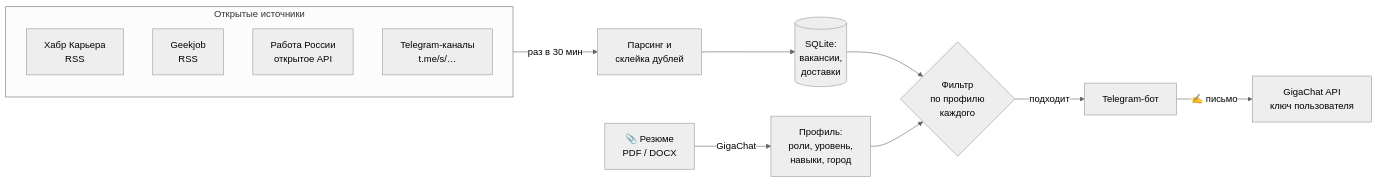
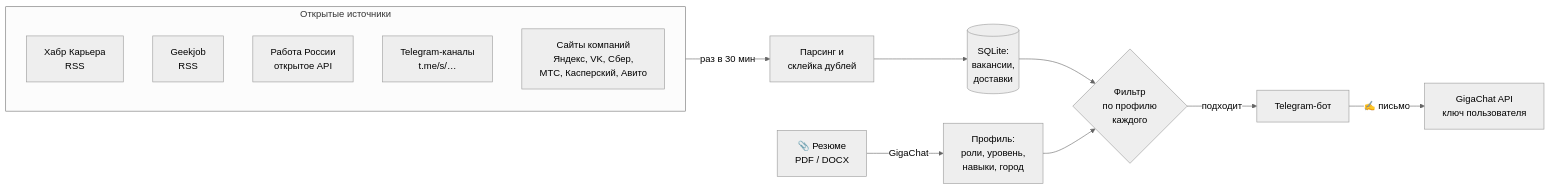
Before and after one commit to RealPycuk/job-watch: the first of 2 diagrams in README.md, drawn with Mermaid (neutral theme). The commit also changed other lines of this file, not shown here.

````diff
--- a/README.md
+++ b/README.md
@@ -39,16 +40,17 @@
 ```mermaid
 flowchart LR
     subgraph src [Открытые источники]
         H[Хабр Карьера<br/>RSS]
         G[Geekjob<br/>RSS]
         T[Работа России<br/>открытое API]
         C[Telegram-каналы<br/>t.me/s/…]
+        K[Сайты компаний<br/>Яндекс, VK, Сбер,<br/>МТС, Касперский, Авито]
     end
     src -->|раз в 30 мин| P[Парсинг и<br/>склейка дублей]
     P --> DB[(SQLite:<br/>вакансии,<br/>доставки)]
     DB --> F{Фильтр<br/>по профилю<br/>каждого}
     F -->|подходит| B[Telegram-бот]
     B -->|✍️ письмо| L[GigaChat API<br/>ключ пользователя]
     R[📎 Резюме<br/>PDF / DOCX] -->|GigaChat| PR[Профиль:<br/>роли, уровень,<br/>навыки, город]
     PR --> F
 ```
````
